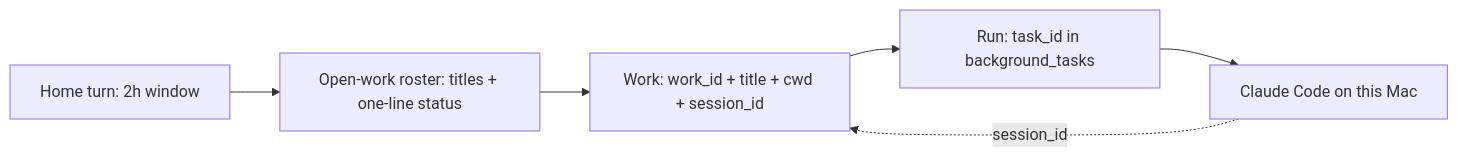
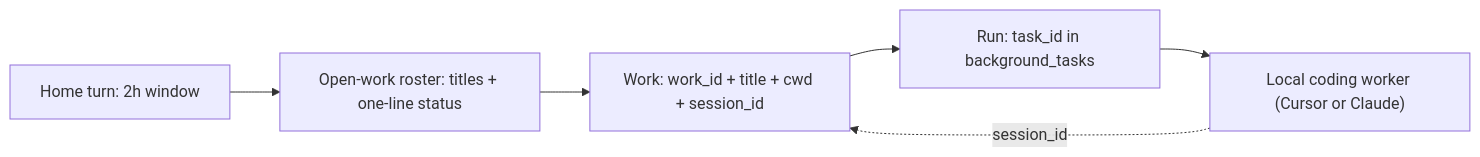
The diagram in docs/proposals/NAMED_WORK.md (GEM-Industries/JARV1S), drawn with Mermaid before and after one commit. The commit also changed other lines of this file and 281 other files, not shown here.

````diff
--- a/docs/proposals/NAMED_WORK.md
+++ b/docs/proposals/NAMED_WORK.md
@@ -74,14 +74,14 @@
 ```mermaid
 flowchart LR
   home["Home turn: 2h window"]
   roster["Open-work roster: titles + one-line status"]
   work["Work: work_id + title + cwd + session_id"]
   run["Run: task_id in background_tasks"]
-  worker["Claude Code on this Mac"]
+  worker["Local coding worker (Cursor or Claude)"]
 
   home --> roster
   roster --> work
   work --> run
   run --> worker
   worker -.->|"session_id"| work
 ```
````
